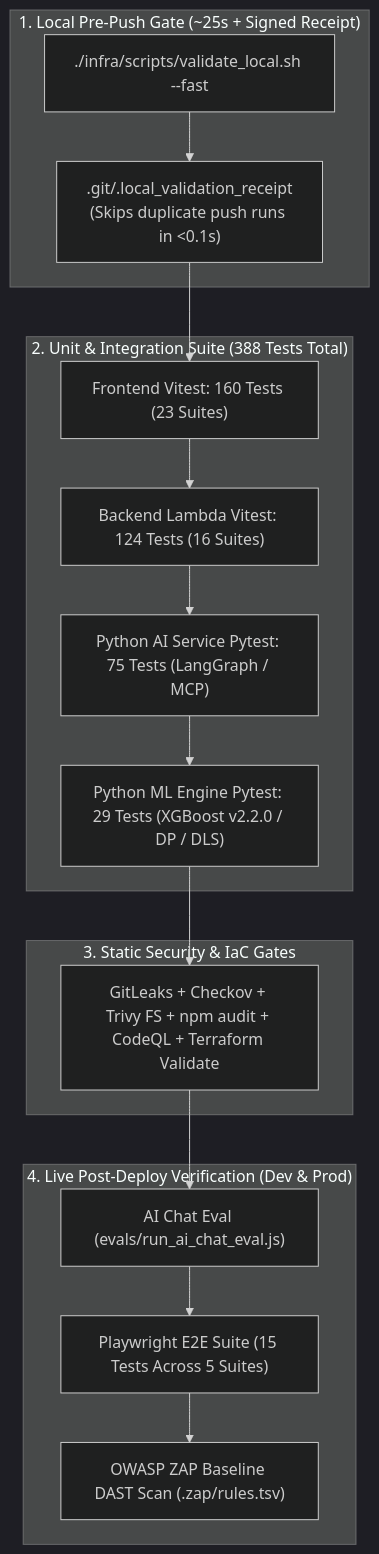
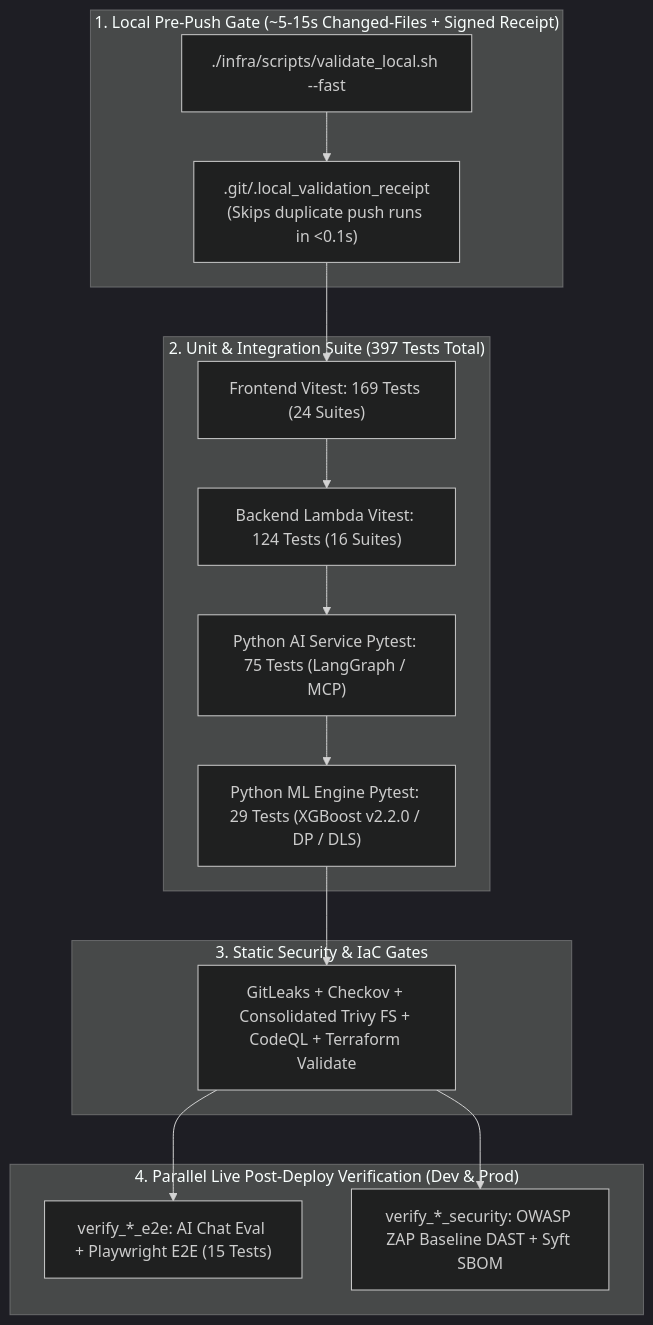
One commit to venkatesh-singamsetty/cricscore changed the diagram in docs/testing.md. Above: the diagram before and after it, drawn with Mermaid (dark theme). The commit also changed other lines of this file and 57 other files, not shown here.

First line of the commit message:
feat(cicd): immutable 2-env promotion, post-prod SemVer releases, tag rollback, and drift fix (#369)

````diff
--- a/docs/testing.md
+++ b/docs/testing.md
@@ -9,31 +9,30 @@
 ```mermaid
 flowchart TD
-    subgraph LocalGate ["1. Local Pre-Push Gate (~25s + Signed Receipt)"]
+    subgraph LocalGate ["1. Local Pre-Push Gate (~5-15s Changed-Files + Signed Receipt)"]
         FastCmd["./infra/scripts/validate_local.sh --fast"]
         Receipt[".git/.local_validation_receipt\n(Skips duplicate push runs in <0.1s)"]
         FastCmd --> Receipt
     end
 
-    subgraph UnitIntegration ["2. Unit & Integration Suite (388 Tests Total)"]
-        FE["Frontend Vitest: 160 Tests (23 Suites)"]
+    subgraph UnitIntegration ["2. Unit & Integration Suite (397 Tests Total)"]
+        FE["Frontend Vitest: 169 Tests (24 Suites)"]
         BE["Backend Lambda Vitest: 124 Tests (16 Suites)"]
         AI["Python AI Service Pytest: 75 Tests (LangGraph / MCP)"]
         ML["Python ML Engine Pytest: 29 Tests (XGBoost v2.2.0 / DP / DLS)"]
         FE --> BE --> AI --> ML
     end
 
     subgraph SecurityIaC ["3. Static Security & IaC Gates"]
-        Sec["GitLeaks + Checkov + Trivy FS + npm audit + CodeQL + Terraform Validate"]
+        Sec["GitLeaks + Checkov + Consolidated Trivy FS + CodeQL + Terraform Validate"]
     end
 
-    subgraph LivePostDeploy ["4. Live Post-Deploy Verification (Dev & Prod)"]
-        AIEval["AI Chat Eval (evals/run_ai_chat_eval.js)"]
-        E2E["Playwright E2E Suite (15 Tests Across 5 Suites)"]
-        ZAP["OWASP ZAP Baseline DAST Scan (.zap/rules.tsv)"]
-        AIEval --> E2E --> ZAP
+    subgraph LivePostDeploy ["4. Parallel Live Post-Deploy Verification (Dev & Prod)"]
+        AIEval["verify_*_e2e: AI Chat Eval + Playwright E2E (15 Tests)"]
+        ZAP["verify_*_security: OWASP ZAP Baseline DAST + Syft SBOM"]
     end
 
     Receipt --> FE
     ML --> Sec
     Sec --> AIEval
+    Sec --> ZAP
 ```
````
